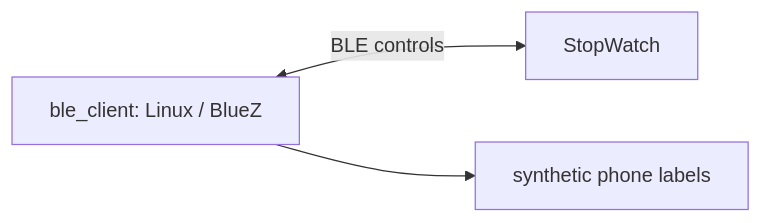
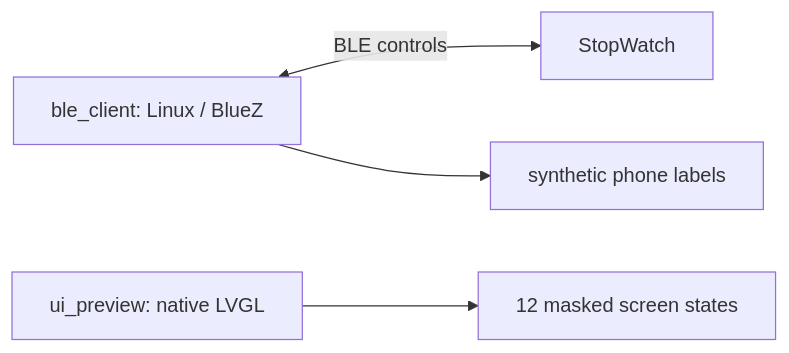
One commit to Harwasch/voiceremote changed the diagram in FW/tools/README.md. Above: the diagram before and after it, drawn with Mermaid. The commit also changed other lines of this file and 34 other files, not shown here.

````diff
--- a/FW/tools/README.md
+++ b/FW/tools/README.md
@@ -3,5 +3,6 @@
 ```mermaid
 flowchart LR
     Client[ble_client: Linux / BlueZ] <-->|BLE controls| Remote[StopWatch]
+    Preview[ui_preview: native LVGL] --> PNG[12 masked screen states]
     Client --> Fixtures[synthetic phone labels]
 ```
````
